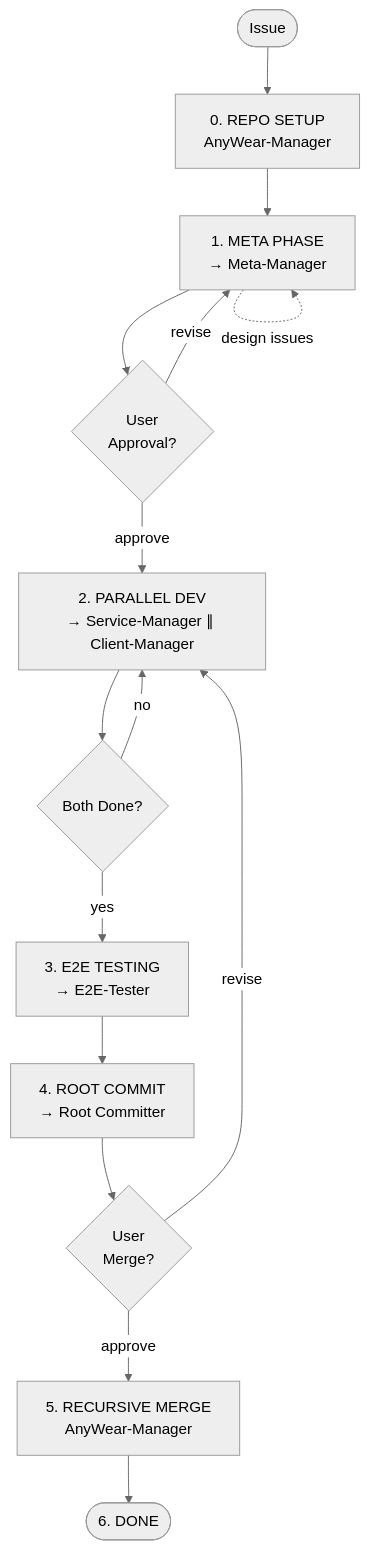
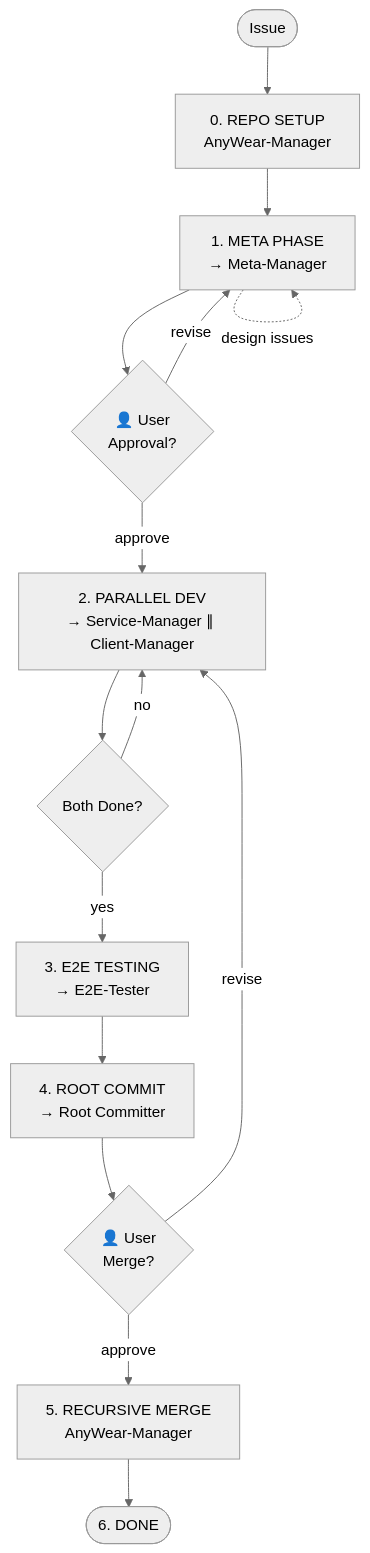
Before and after one commit to git-malu/AnyWear-E2E: the diagram in .opencode/agents/anywear-manager.md, drawn with Mermaid (neutral theme). The commit also changed other lines of this file and 3 other files, not shown here.

````diff
--- a/.opencode/agents/anywear-manager.md
+++ b/.opencode/agents/anywear-manager.md
@@ -62,19 +36,19 @@
 ```mermaid
 flowchart TD
     START(["Issue"])
     START --> SETUP["0. REPO SETUP<br/>AnyWear-Manager"]
     SETUP --> META["1. META PHASE<br/>→ Meta-Manager"]
     META -.->|design issues| META
-    META --> USER_APPROVAL{"User<br/>Approval?"}
+    META --> USER_APPROVAL{"👤 User<br/>Approval?"}
     USER_APPROVAL -->|revise| META
     USER_APPROVAL -->|approve| PARALLEL["2. PARALLEL DEV<br/>→ Service-Manager ∥ Client-Manager"]
 
     PARALLEL --> JOIN{"Both Done?"}
     JOIN -->|no| PARALLEL
     JOIN -->|yes| E2E["3. E2E TESTING<br/>→ E2E-Tester"]
     E2E --> COMMIT["4. ROOT COMMIT<br/>→ Root Committer"]
-    COMMIT --> MERGE_APPROVAL{"User<br/>Merge?"}
+    COMMIT --> MERGE_APPROVAL{"👤 User<br/>Merge?"}
     MERGE_APPROVAL -->|revise| PARALLEL
     MERGE_APPROVAL -->|approve| MERGE["5. RECURSIVE MERGE<br/>AnyWear-Manager"]
     MERGE --> DONE(["6. DONE"])
 ```
````
